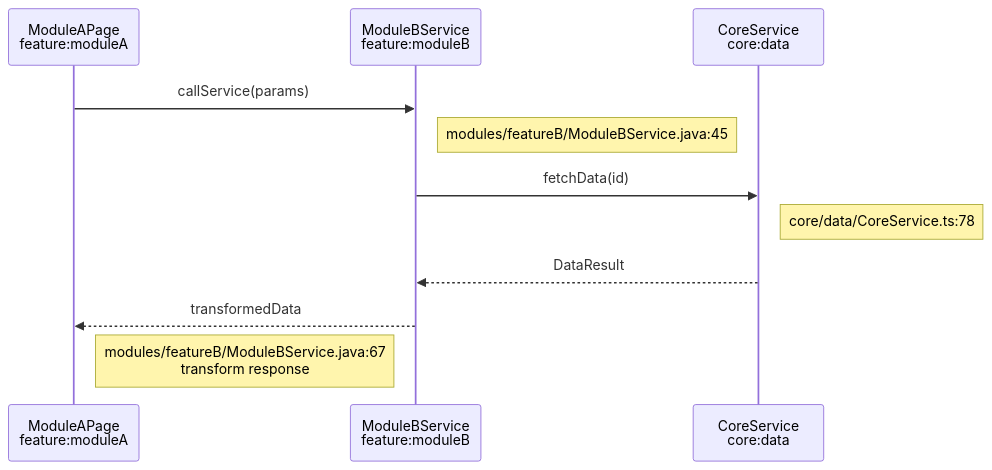
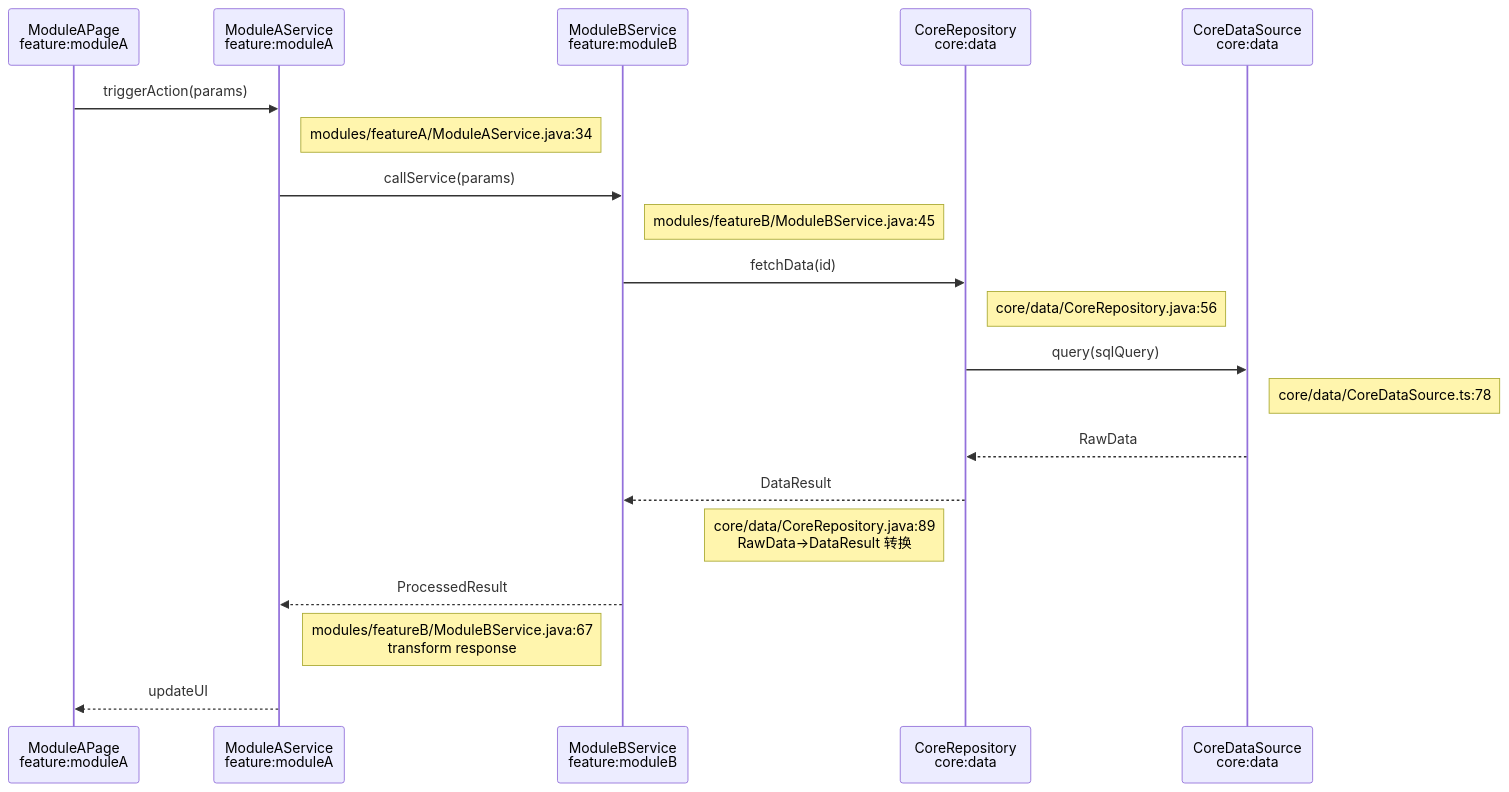
The eighth of 13 diagrams in references/template.md (CaostGrace/project-arch-reverse), drawn with Mermaid before and after one commit. The commit also changed other lines of this file and 5 other files, not shown here.

First line of the commit message:
feat: 强制所有核心功能/能力必须有独立详细时序图(≥6步≥4参与者)

````diff
--- a/references/template.md
+++ b/references/template.md
@@ -445,14 +449,23 @@
 ```mermaid
 sequenceDiagram
     participant ModuleA as ModuleAPage<br>feature:moduleA
-    participant ModuleB as ModuleBService<br>feature:moduleB
-    participant Core as CoreService<br>core:data
+    participant ServiceA as ModuleAService<br>feature:moduleA
+    participant ServiceB as ModuleBService<br>feature:moduleB
+    participant CoreRepo as CoreRepository<br>core:data
+    participant CoreDS as CoreDataSource<br>core:data
 
-    ModuleA->>ModuleB: callService(params)
-    Note right of ModuleB:  modules/featureB/ModuleBService.java:45
-    ModuleB->>Core: fetchData(id)
-    Note right of Core:  core/data/CoreService.ts:78
-    Core-->>ModuleB: DataResult
-    ModuleB-->>ModuleA: transformedData
-    Note left of ModuleB:  modules/featureB/ModuleBService.java:67<br>transform response
+    ModuleA->>ServiceA: triggerAction(params)
+    Note right of ServiceA:  modules/featureA/ModuleAService.java:34
+    ServiceA->>ServiceB: callService(params)
+    Note right of ServiceB:  modules/featureB/ModuleBService.java:45
+    ServiceB->>CoreRepo: fetchData(id)
+    Note right of CoreRepo:  core/data/CoreRepository.java:56
+    CoreRepo->>CoreDS: query(sqlQuery)
+    Note right of CoreDS:  core/data/CoreDataSource.ts:78
+    CoreDS-->>CoreRepo: RawData
+    CoreRepo-->>ServiceB: DataResult
+    Note left of CoreRepo:  core/data/CoreRepository.java:89<br>RawData→DataResult 转换
+    ServiceB-->>ServiceA: ProcessedResult
+    Note left of ServiceB:  modules/featureB/ModuleBService.java:67<br>transform response
+    ServiceA-->>ModuleA: updateUI
 ```
````
